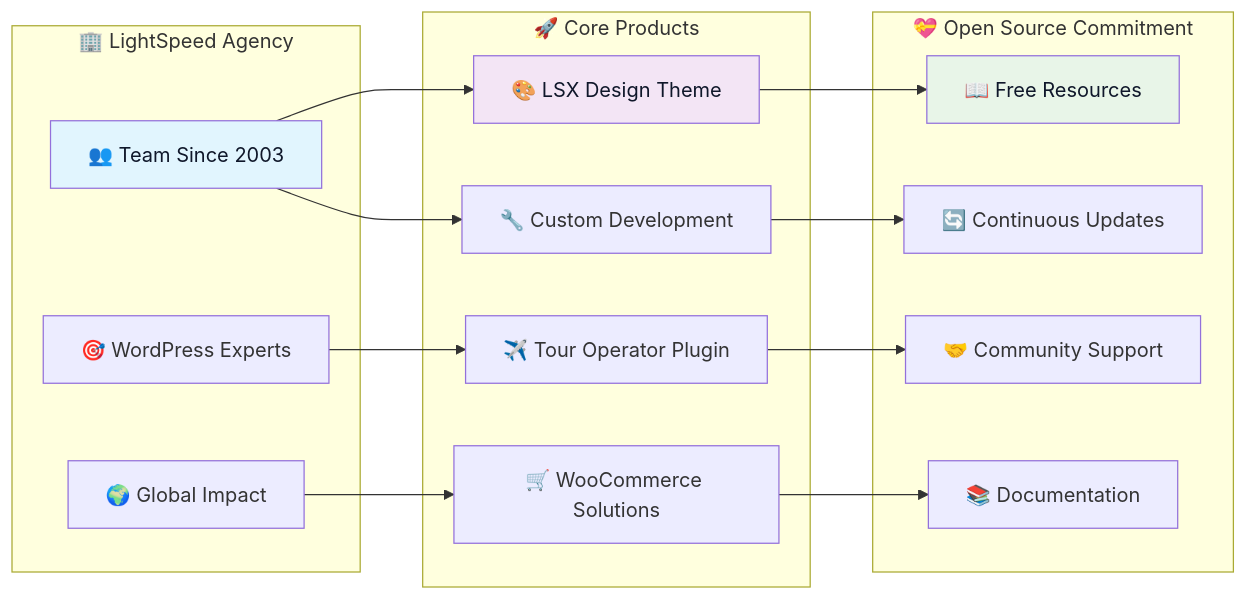
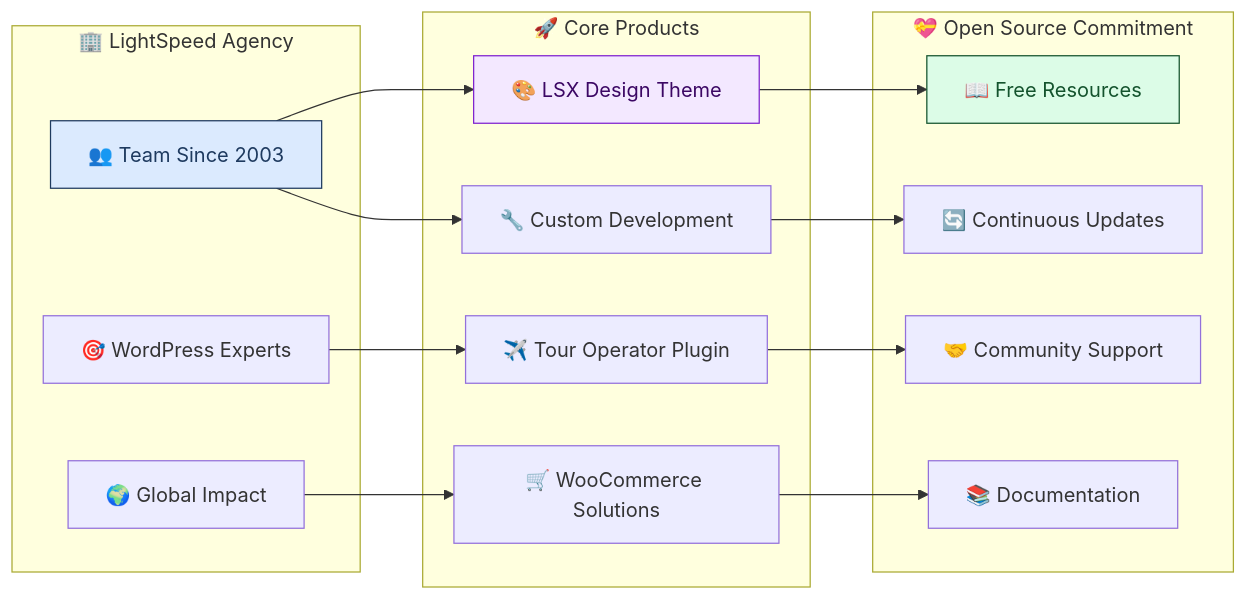
Before and after one commit to lightspeedwp/.github: the first of 4 diagrams in profile/README.md, drawn with Mermaid. The commit also changed other lines of this file and 181 other files, not shown here.

Commit message:
docs: maintenance updates (Mermaid + staleness)

````diff
--- a/profile/README.md
+++ b/profile/README.md
@@ -49,38 +49,38 @@
 ```mermaid
 flowchart LR
   accTitle: 🏛️ Organisation Overview
   accDescr: Flowchart showing the LightSpeed agency, core products, and open-source commitment areas
     subgraph "🏢 LightSpeed Agency"
         A[👥 Team Since 2003]
         B[🎯 WordPress Experts]
         C[🌍 Global Impact]
     end
 
     subgraph "🚀 Core Products"
         D[🎨 LSX Design Theme]
         E[✈️ Tour Operator Plugin]
         F[🛒 WooCommerce Solutions]
         G[🔧 Custom Development]
     end
 
     subgraph "💝 Open Source Commitment"
         H[📖 Free Resources]
         I[🤝 Community Support]
         J[📚 Documentation]
         K[🔄 Continuous Updates]
     end
 
     A --> D
     B --> E
     C --> F
     A --> G
 
     D --> H
     E --> I
     F --> J
     G --> K
 
-    style A fill:#e1f5fe,color:#0f172a
-    style D fill:#f3e5f5,color:#0f172a
-    style H fill:#e8f5e8,color:#0f172a
+    style A fill:#dbeafe,color:#1e3a5f,stroke:#1e3a5f
+    style D fill:#f3e8ff,color:#3b0764,stroke:#7e22ce
+    style H fill:#dcfce7,color:#14532d,stroke:#14532d
 ```
````
